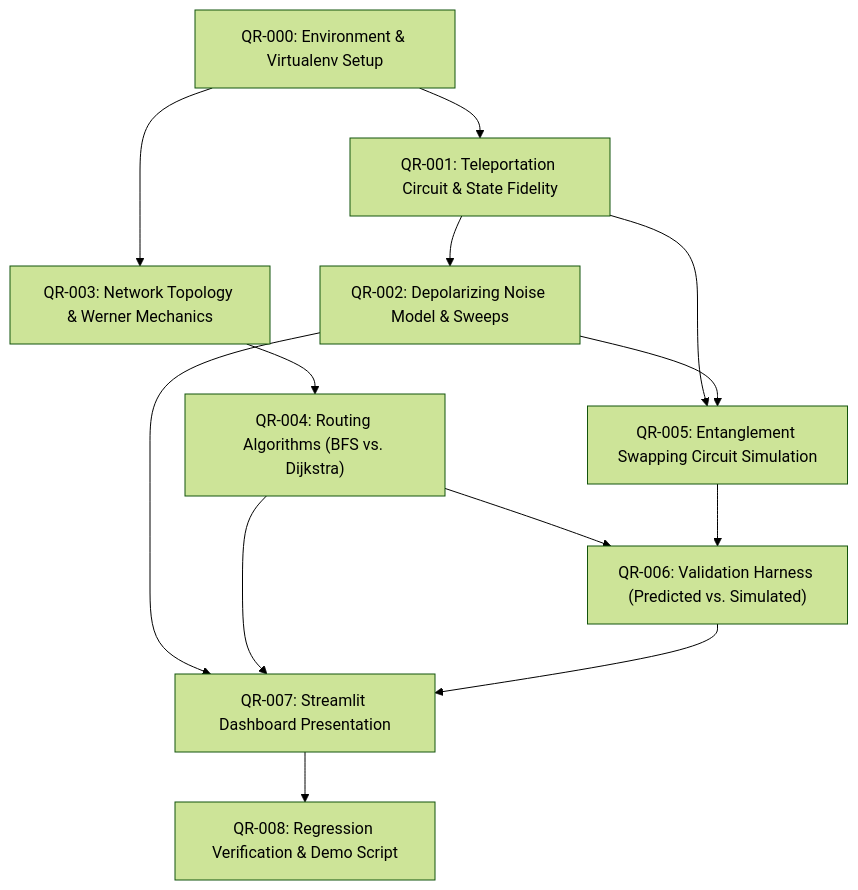
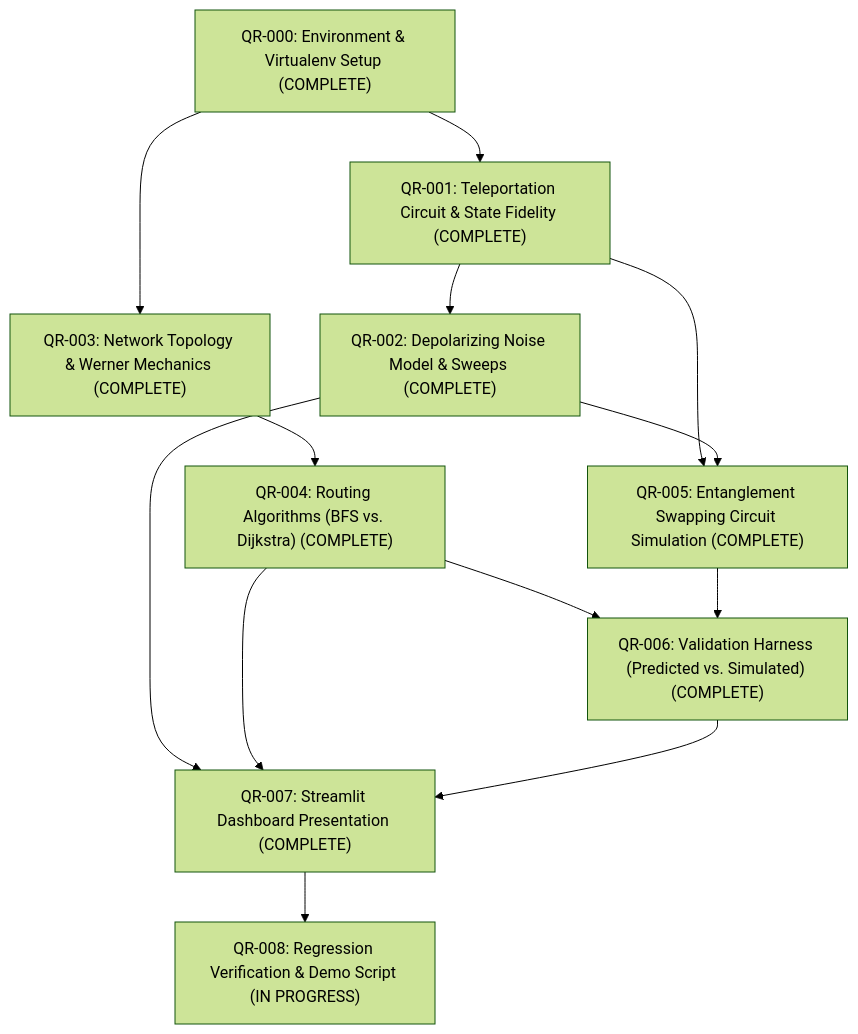
The diagram in TASKS.md (SrijanRastogi/QuantumRoute), drawn with Mermaid (forest theme) before and after one commit. The commit also changed other lines of this file and 2 other files, not shown here.

Commit message:
docs(tasks,readme): update task completion records and add QR-005 swapping unit tests (56/56 passing)

````diff
--- a/TASKS.md
+++ b/TASKS.md
@@ -11,15 +11,15 @@
 ```mermaid
 flowchart TD
-    QR000["QR-000: Environment & Virtualenv Setup"] --> QR001["QR-001: Teleportation Circuit & State Fidelity"]
-    QR000 --> QR003["QR-003: Network Topology & Werner Mechanics"]
-    QR001 --> QR002["QR-002: Depolarizing Noise Model & Sweeps"]
-    QR003 --> QR004["QR-004: Routing Algorithms (BFS vs. Dijkstra)"]
-    QR001 --> QR005["QR-005: Entanglement Swapping Circuit Simulation"]
+    QR000["QR-000: Environment & Virtualenv Setup (COMPLETE)"] --> QR001["QR-001: Teleportation Circuit & State Fidelity (COMPLETE)"]
+    QR000 --> QR003["QR-003: Network Topology & Werner Mechanics (COMPLETE)"]
+    QR001 --> QR002["QR-002: Depolarizing Noise Model & Sweeps (COMPLETE)"]
+    QR003 --> QR004["QR-004: Routing Algorithms (BFS vs. Dijkstra) (COMPLETE)"]
+    QR001 --> QR005["QR-005: Entanglement Swapping Circuit Simulation (COMPLETE)"]
     QR002 --> QR005
-    QR004 --> QR006["QR-006: Validation Harness (Predicted vs. Simulated)"]
+    QR004 --> QR006["QR-006: Validation Harness (Predicted vs. Simulated) (COMPLETE)"]
     QR005 --> QR006
-    QR002 --> QR007["QR-007: Streamlit Dashboard Presentation"]
+    QR002 --> QR007["QR-007: Streamlit Dashboard Presentation (COMPLETE)"]
     QR004 --> QR007
     QR006 --> QR007
-    QR007 --> QR008["QR-008: Regression Verification & Demo Script"]
+    QR007 --> QR008["QR-008: Regression Verification & Demo Script (IN PROGRESS)"]
 ```
````
